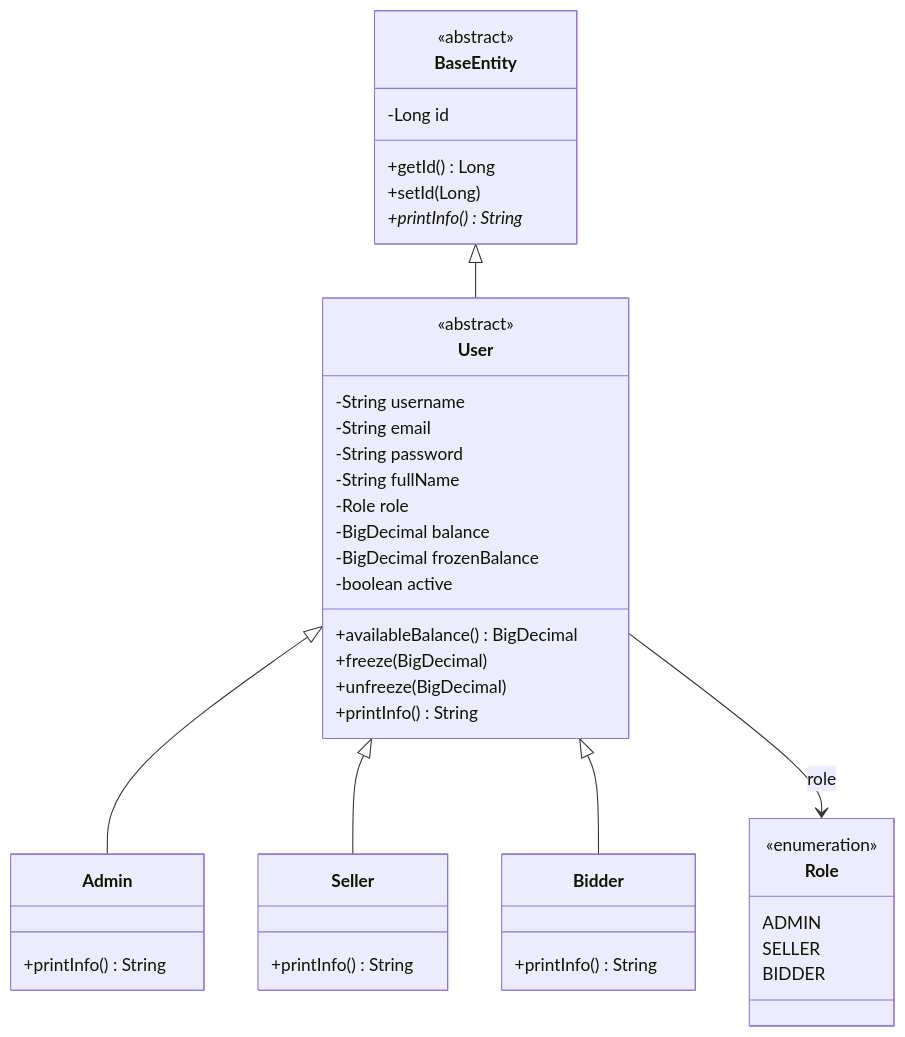
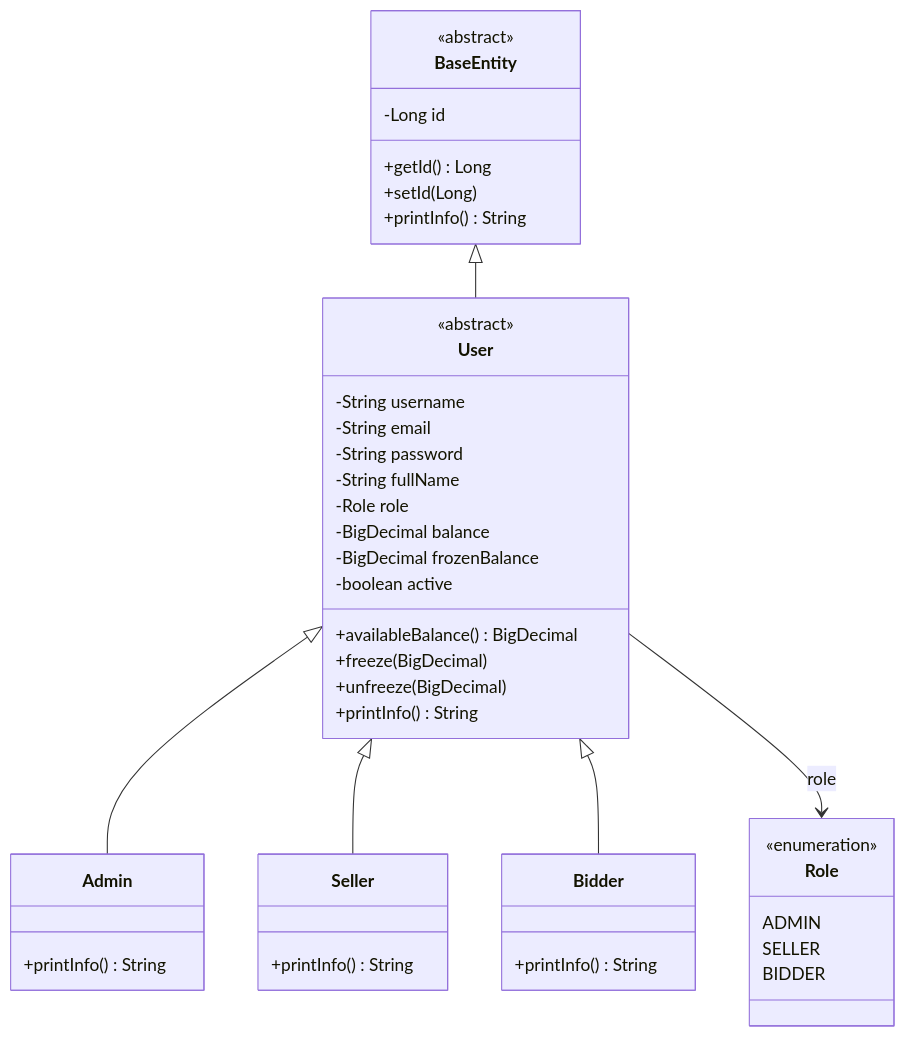
One commit to quagn-collab/GROUP-6-BTL changed the first of 6 diagrams in docs/class-diagrams/README.md. Above: the diagram before and after it, drawn with Mermaid.

Commit message:
feat: init dia

````diff
--- a/docs/class-diagrams/README.md
+++ b/docs/class-diagrams/README.md
@@ -15,53 +15,53 @@
 ```mermaid
 classDiagram
     direction TB
 
     class BaseEntity {
         <<abstract>>
         -Long id
         +getId() Long
         +setId(Long)
-        +printInfo()* String
+        +printInfo() String
     }
 
     class User {
         <<abstract>>
         -String username
         -String email
         -String password
         -String fullName
         -Role role
         -BigDecimal balance
         -BigDecimal frozenBalance
         -boolean active
         +availableBalance() BigDecimal
         +freeze(BigDecimal)
         +unfreeze(BigDecimal)
         +printInfo() String
     }
 
     class Admin {
         +printInfo() String
     }
 
     class Seller {
         +printInfo() String
     }
 
     class Bidder {
         +printInfo() String
     }
 
     class Role {
         <<enumeration>>
         ADMIN
         SELLER
         BIDDER
     }
 
     BaseEntity <|-- User
     User <|-- Admin
     User <|-- Seller
     User <|-- Bidder
     User --> Role : role
 ```
````
